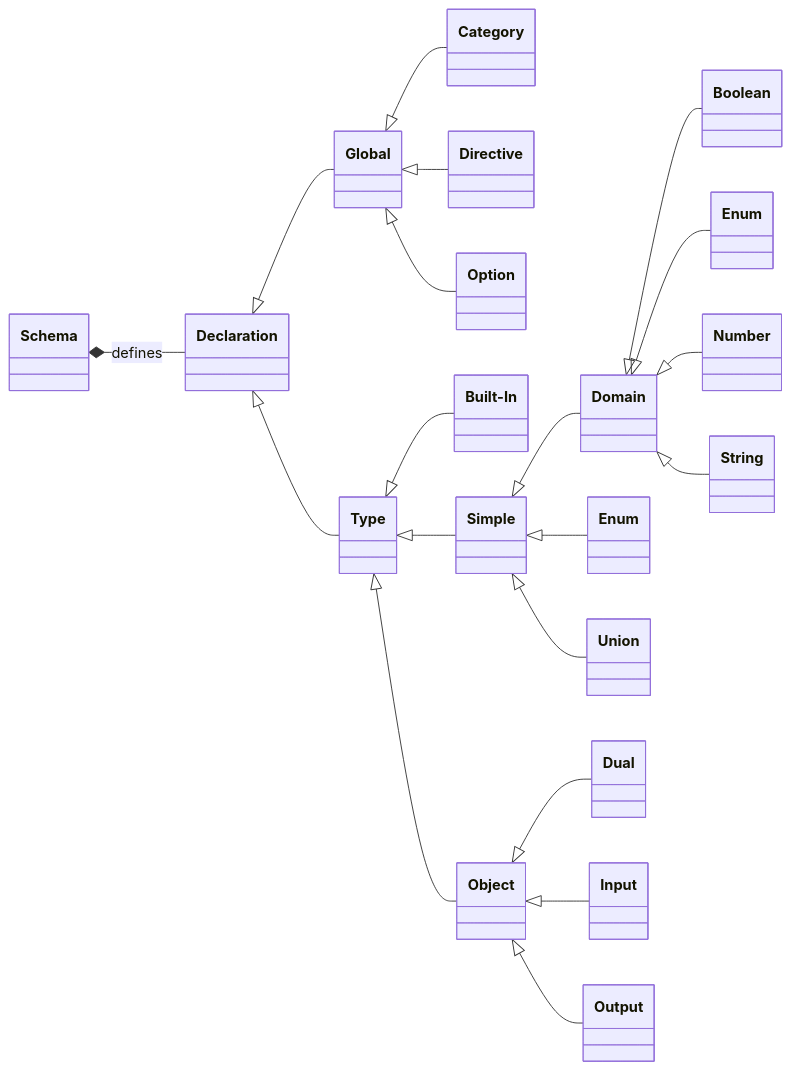
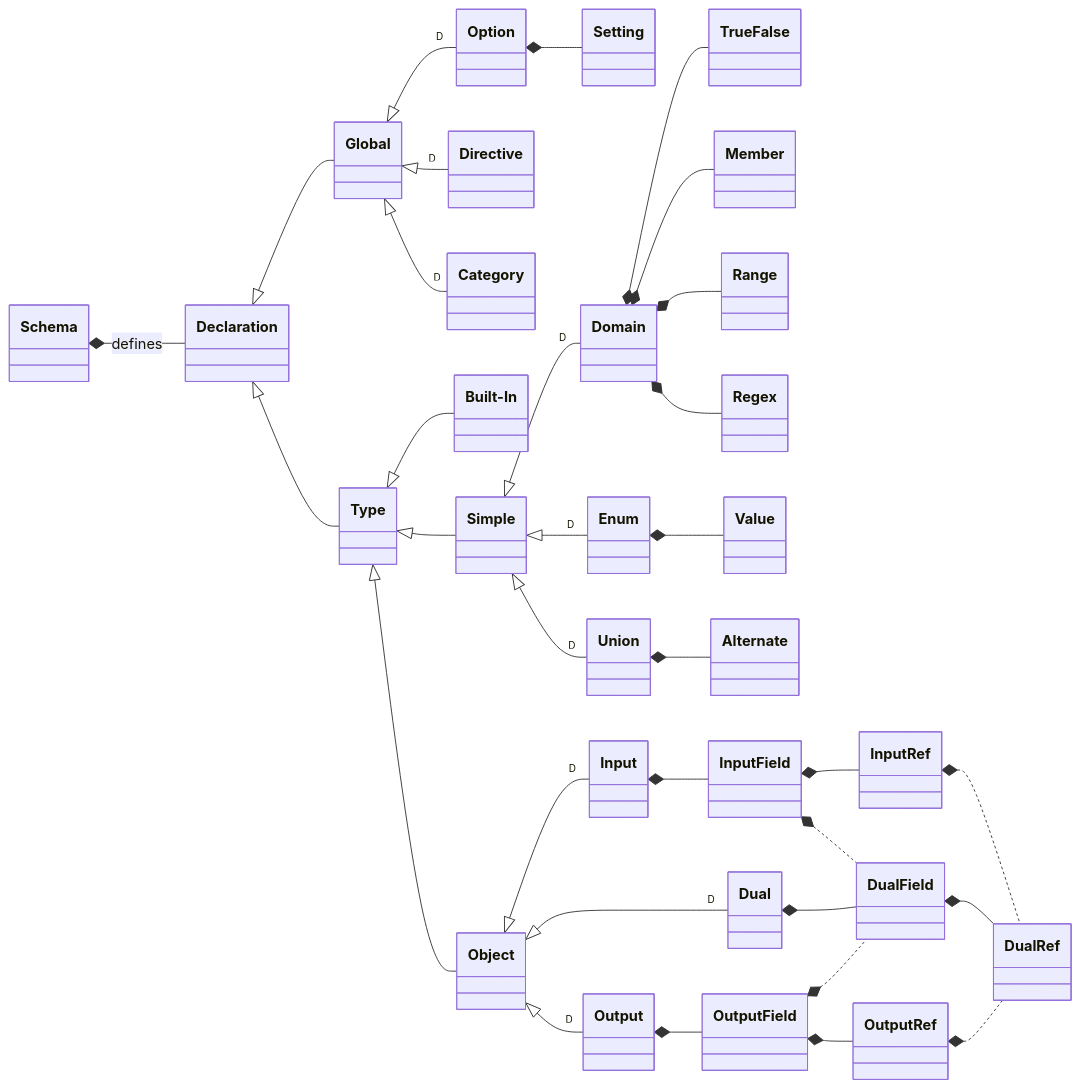
Before and after one commit to graphql-plus/graphql-plus.github.io: the first of 2 diagrams in graphql-plus/Diagrams.md, drawn with Mermaid. The commit also changed other lines of this file, not shown here.

Commit message:
Improve Schema Diagram

````diff
--- a/graphql-plus/Diagrams.md
+++ b/graphql-plus/Diagrams.md
@@ -5,31 +5,48 @@
 ```mermaid
 classDiagram
     direction LR
     Schema *-- Declaration : defines
 
     Declaration <|-- Global
     Declaration <|-- Type
 
-    Global <|-- Category
-    Global <|-- Directive
-    Global <|-- Option
+    Global <|-- "D"Option
+    Global <|-- "D"Directive
+    Global <|-- "D"Category
+
+    Option *-- Setting
 
     Type <|-- Built-In
     Type <|-- Simple
     Type <|-- Object
 
-    Simple <|-- Domain
-    Simple <|-- Enum
-    Simple <|-- Union
+    Simple <|-- "D"Domain
+    Simple <|-- "D"Enum
+    Simple <|-- "D"Union
 
-    Domain <|-- Boolean
-    Domain <|-- D_Enum
-    Domain <|-- Number
-    Domain <|-- String
-    class D_Enum["Enum"]
+    Domain *-- TrueFalse
+    Domain *-- Member
+    Domain *-- Range
+    Domain *-- Regex
 
-    Object <|-- Dual
-    Object <|-- Input
-    Object <|-- Output
+    Enum *-- Value
 
+    Union *-- Alternate
+
+    Object <|-- "D"Input
+    Object <|-- "D"Dual
+    Object <|-- "D"Output
+
+    Input *-- InputField
+    InputField *-- InputRef
+    InputField *.. DualField
+    InputRef *.. DualRef
+
+    Dual *-- DualField
+    DualField *-- DualRef
+
+    Output *-- OutputField
+    OutputField *-- OutputRef
+    OutputField *.. DualField
+    OutputRef *.. DualRef
 ```
````
